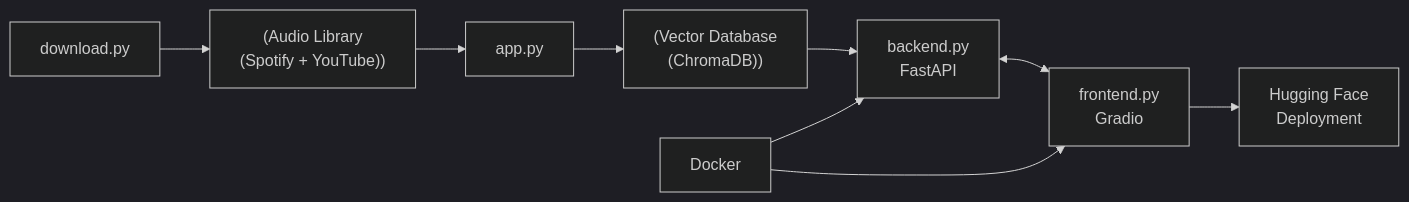
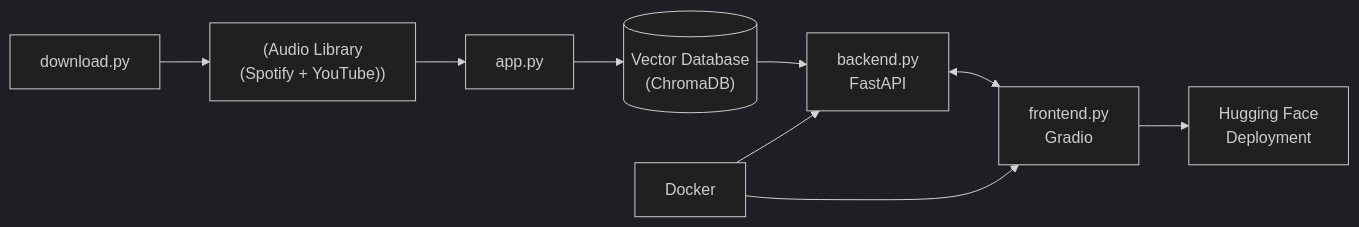
One commit to mohitk24/ev-warranty-us-dataset changed the diagram in README.md. Above: the diagram before and after it, drawn with Mermaid (dark theme).

Commit message:
Fix formatting in README.md flowchart

````diff
--- a/README.md
+++ b/README.md
@@ -33,11 +33,11 @@
 ```mermaid
 flowchart LR
     A["(Audio Library\n(Spotify + YouTube))"] --> B["app.py"]
-    B --> C["(Vector Database\n(ChromaDB))"]
+    B --> C[("Vector Database\n(ChromaDB)")]
     C --> D["backend.py\nFastAPI"]
     D <--> E["frontend.py\nGradio"]
     F["download.py"] --> A
     G["Docker"] --> D
     G --> E
     E --> H["Hugging Face\nDeployment"]
 ```
````
